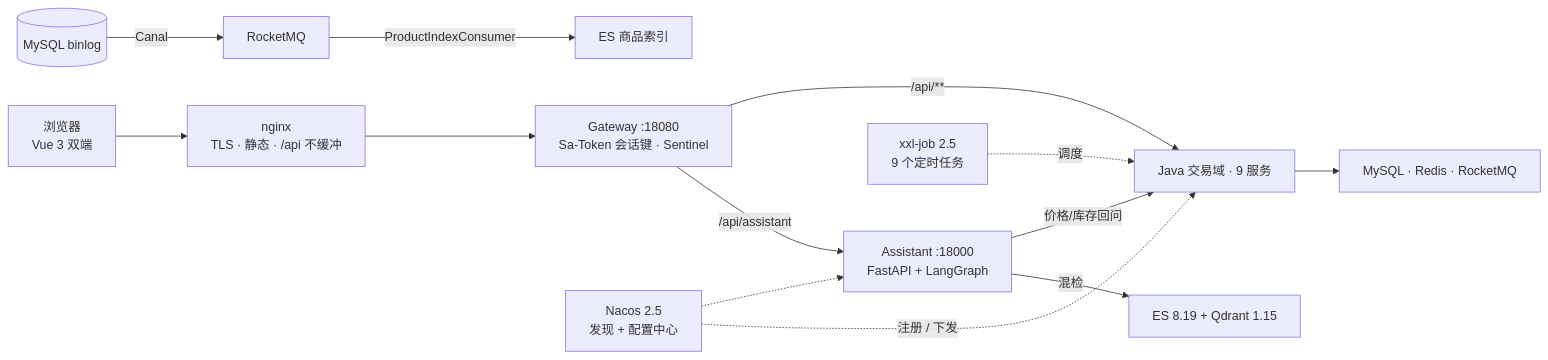
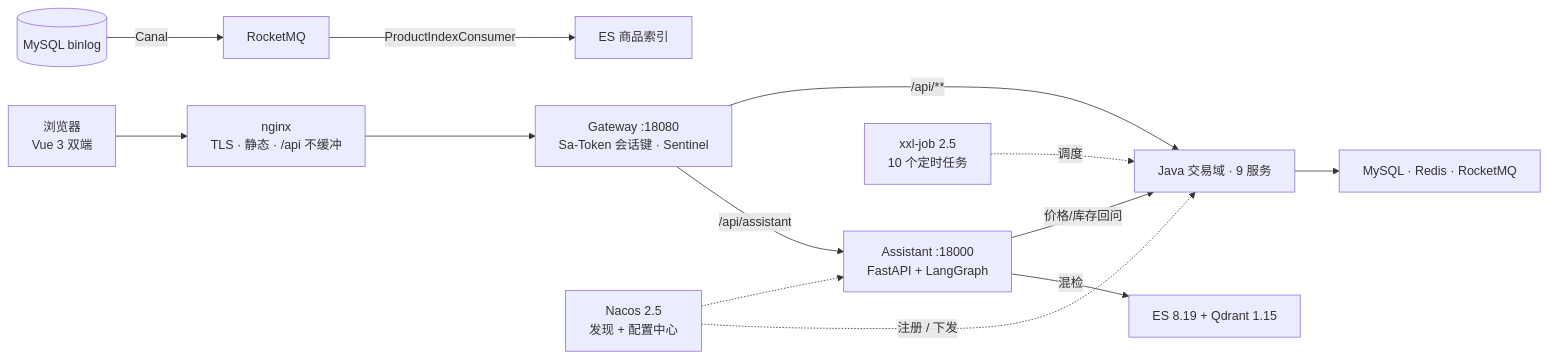
Before and after one commit to LittleSongxx/ParingBot: the diagram in README.md, drawn with Mermaid. The commit also changed other lines of this file and 6 other files, not shown here.

````diff
--- a/README.md
+++ b/README.md
@@ -138,14 +138,14 @@
 ```mermaid
 flowchart LR
   B["浏览器<br/>Vue 3 双端"] --> N["nginx<br/>TLS · 静态 · /api 不缓冲"]
   N --> G["Gateway :18080<br/>Sa-Token 会话键 · Sentinel"]
   G -->|/api/assistant| A["Assistant :18000<br/>FastAPI + LangGraph"]
   G -->|/api/**| J["Java 交易域 · 9 服务"]
   A -->|混检| R["ES 8.19 + Qdrant 1.15"]
   A -->|价格/库存回问| J
   J --> D["MySQL · Redis · RocketMQ"]
   M[("MySQL binlog")] -->|Canal| Q["RocketMQ"] -->|ProductIndexConsumer| E["ES 商品索引"]
-  X["xxl-job 2.5<br/>9 个定时任务"] -.->|调度| J
+  X["xxl-job 2.5<br/>10 个定时任务"] -.->|调度| J
   C["Nacos 2.5<br/>发现 + 配置中心"] -.->|注册 / 下发| J
   C -.-> A
 ```
````
